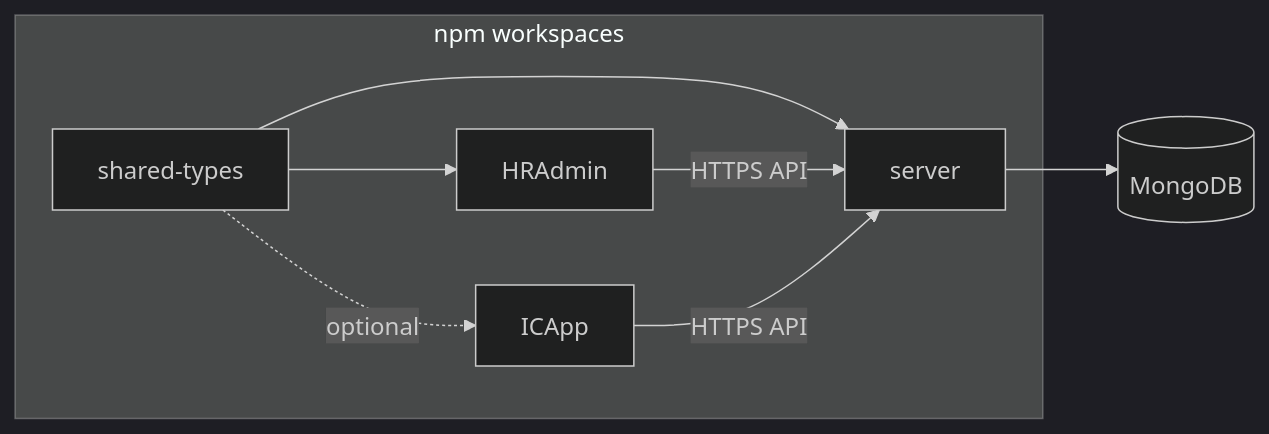
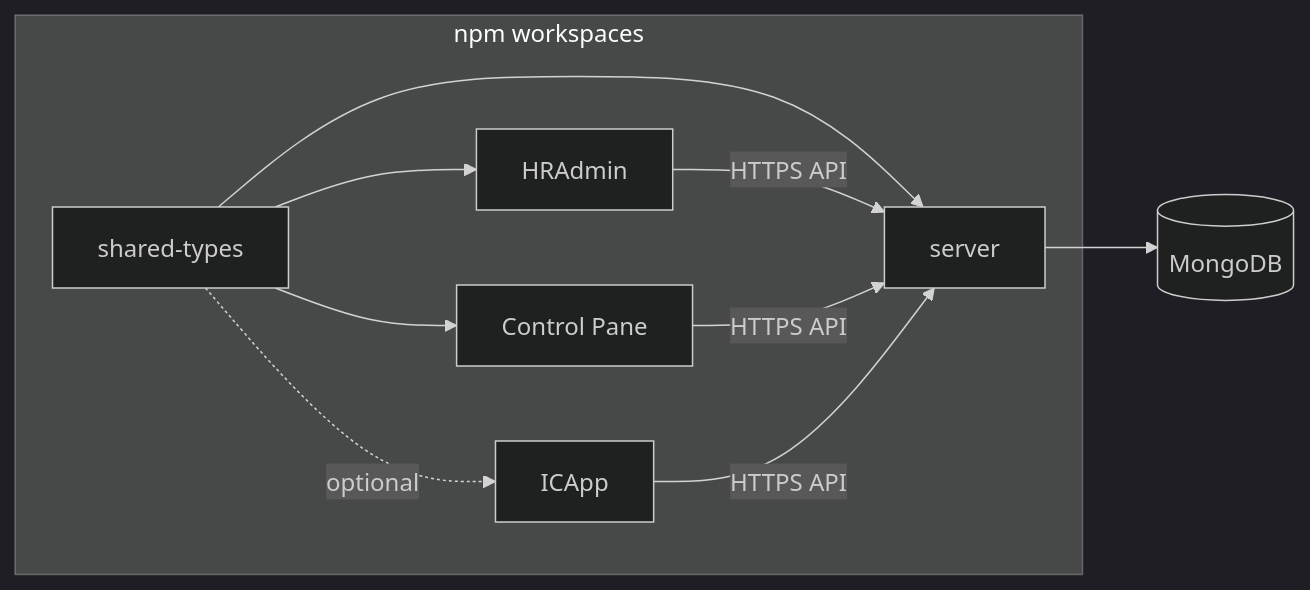
Before and after one commit to jhbalestrin/planning-monefica: the diagram in docs/monorepo-hr-ic/GUIDE.md, drawn with Mermaid (dark theme). The commit also changed other lines of this file and 30 other files, not shown here.

First line of the commit message:
Add Control Pane package to the monorepo

````diff
--- a/docs/monorepo-hr-ic/GUIDE.md
+++ b/docs/monorepo-hr-ic/GUIDE.md
@@ -221,15 +234,18 @@
 ```mermaid
 flowchart LR
   subgraph packages [npm workspaces]
     ST[shared-types]
     S[server]
     W[HRAdmin]
+    C[Control Pane]
     M[ICApp]
   end
   ST --> S
   ST --> W
+  ST --> C
   ST -. optional .-> M
   S --> MongoDB[(MongoDB)]
   W -->|HTTPS API| S
+  C -->|HTTPS API| S
   M -->|HTTPS API| S
 ```
````
